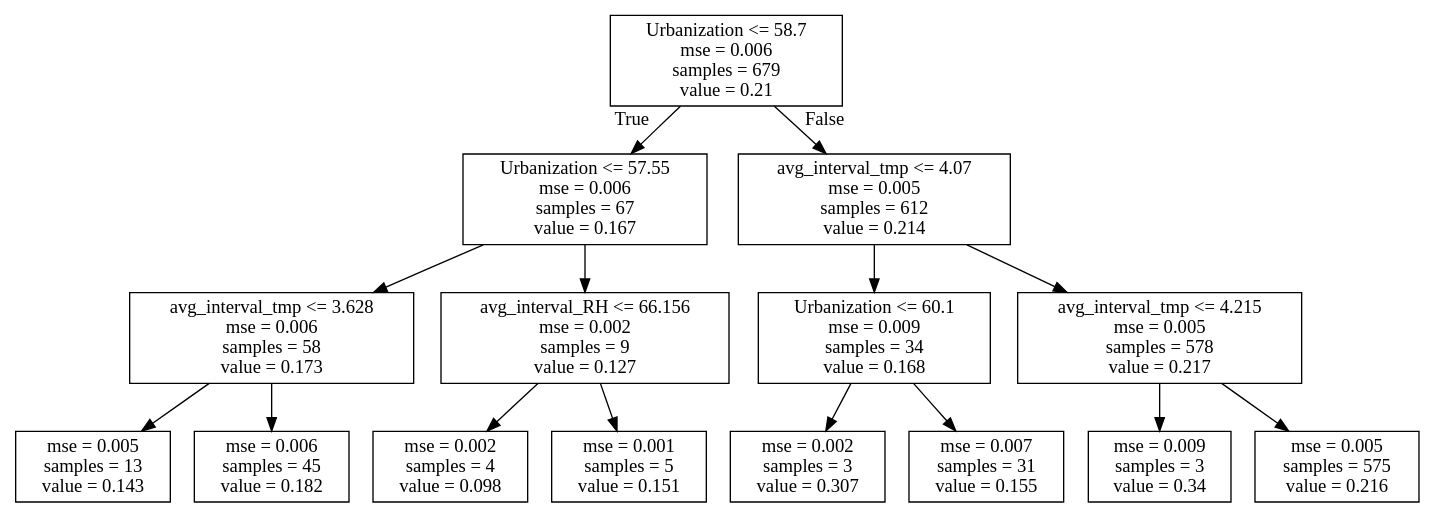
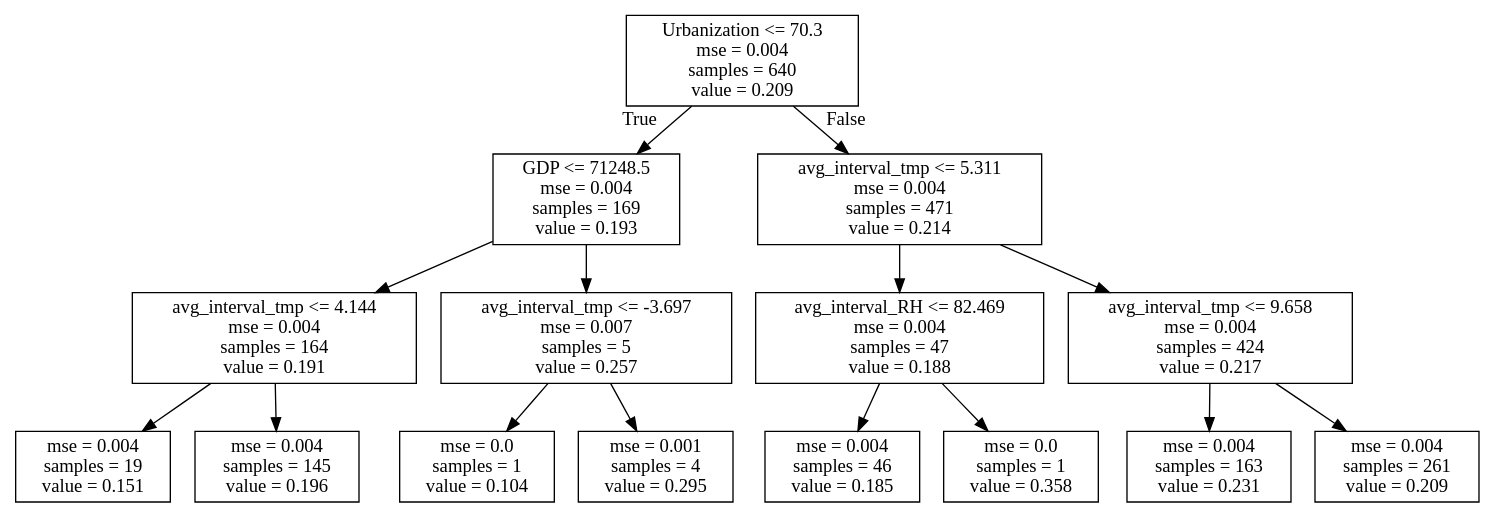
The diagram in products/decision_tree/decision_tree_first_7_run2.dot (hopl1t/covid19), drawn with Graphviz before and after one commit. The commit also changed 21 other files, not shown here.

```diff
--- a/products/decision_tree/decision_tree_first_7_run2.dot
+++ b/products/decision_tree/decision_tree_first_7_run2.dot
@@ -1,32 +1,32 @@
 digraph Tree {
 node [shape=box] ;
-0 [label="Urbanization <= 58.7\nmse = 0.006\nsamples = 679\nvalue = 0.21"] ;
-1 [label="Urbanization <= 57.55\nmse = 0.006\nsamples = 67\nvalue = 0.167"] ;
+0 [label="Urbanization <= 70.3\nmse = 0.004\nsamples = 640\nvalue = 0.209"] ;
+1 [label="GDP <= 71248.5\nmse = 0.004\nsamples = 169\nvalue = 0.193"] ;
 0 -> 1 [labeldistance=2.5, labelangle=45, headlabel="True"] ;
-2 [label="avg_interval_tmp <= 3.628\nmse = 0.006\nsamples = 58\nvalue = 0.173"] ;
+2 [label="avg_interval_tmp <= 4.144\nmse = 0.004\nsamples = 164\nvalue = 0.191"] ;
 1 -> 2 ;
-3 [label="mse = 0.005\nsamples = 13\nvalue = 0.143"] ;
+3 [label="mse = 0.004\nsamples = 19\nvalue = 0.151"] ;
 2 -> 3 ;
-4 [label="mse = 0.006\nsamples = 45\nvalue = 0.182"] ;
+4 [label="mse = 0.004\nsamples = 145\nvalue = 0.196"] ;
 2 -> 4 ;
-5 [label="avg_interval_RH <= 66.156\nmse = 0.002\nsamples = 9\nvalue = 0.127"] ;
+5 [label="avg_interval_tmp <= -3.697\nmse = 0.007\nsamples = 5\nvalue = 0.257"] ;
 1 -> 5 ;
-6 [label="mse = 0.002\nsamples = 4\nvalue = 0.098"] ;
+6 [label="mse = 0.0\nsamples = 1\nvalue = 0.104"] ;
 5 -> 6 ;
-7 [label="mse = 0.001\nsamples = 5\nvalue = 0.151"] ;
+7 [label="mse = 0.001\nsamples = 4\nvalue = 0.295"] ;
 5 -> 7 ;
-8 [label="avg_interval_tmp <= 4.07\nmse = 0.005\nsamples = 612\nvalue = 0.214"] ;
+8 [label="avg_interval_tmp <= 5.311\nmse = 0.004\nsamples = 471\nvalue = 0.214"] ;
 0 -> 8 [labeldistance=2.5, labelangle=-45, headlabel="False"] ;
-9 [label="Urbanization <= 60.1\nmse = 0.009\nsamples = 34\nvalue = 0.168"] ;
+9 [label="avg_interval_RH <= 82.469\nmse = 0.004\nsamples = 47\nvalue = 0.188"] ;
 8 -> 9 ;
-10 [label="mse = 0.002\nsamples = 3\nvalue = 0.307"] ;
+10 [label="mse = 0.004\nsamples = 46\nvalue = 0.185"] ;
 9 -> 10 ;
-11 [label="mse = 0.007\nsamples = 31\nvalue = 0.155"] ;
+11 [label="mse = 0.0\nsamples = 1\nvalue = 0.358"] ;
 9 -> 11 ;
-12 [label="avg_interval_tmp <= 4.215\nmse = 0.005\nsamples = 578\nvalue = 0.217"] ;
+12 [label="avg_interval_tmp <= 9.658\nmse = 0.004\nsamples = 424\nvalue = 0.217"] ;
 8 -> 12 ;
-13 [label="mse = 0.009\nsamples = 3\nvalue = 0.34"] ;
+13 [label="mse = 0.004\nsamples = 163\nvalue = 0.231"] ;
 12 -> 13 ;
-14 [label="mse = 0.005\nsamples = 575\nvalue = 0.216"] ;
+14 [label="mse = 0.004\nsamples = 261\nvalue = 0.209"] ;
 12 -> 14 ;
 }
```
